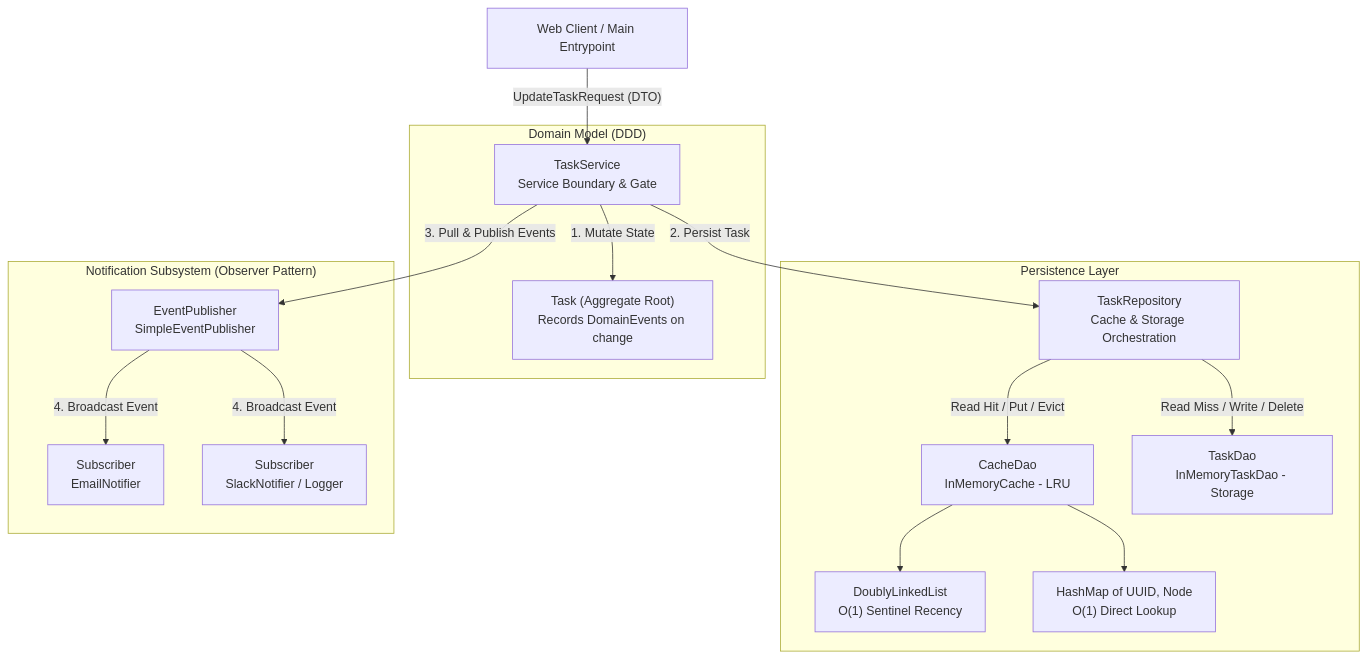
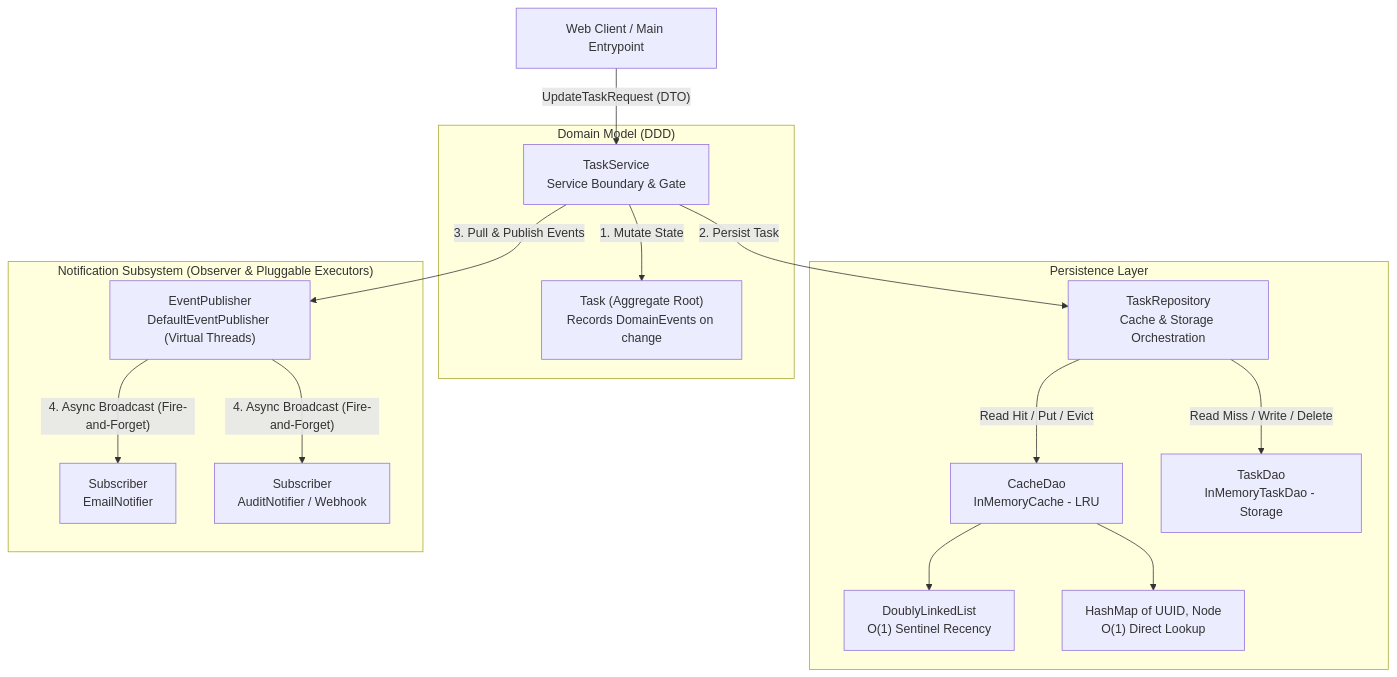
The first of 5 diagrams in task-management-system/README.md (JyotimoyKashyap/system-design-labs), drawn with Mermaid before and after one commit. The commit also changed other lines of this file, not shown here.

````diff
--- a/task-management-system/README.md
+++ b/task-management-system/README.md
@@ -64,22 +64,22 @@
 ```mermaid
 flowchart TD
     Client["Web Client / Main Entrypoint"] -->|"UpdateTaskRequest (DTO)"| Service["TaskService<br/>Service Boundary & Gate"]
 
     subgraph Domain_Model ["Domain Model (DDD)"]
         Service -->|"1. Mutate State"| Task["Task (Aggregate Root)<br/>Records DomainEvents on change"]
     end
 
     subgraph Persistence_Layer ["Persistence Layer"]
         Service -->|"2. Persist Task"| Repository["TaskRepository<br/>Cache & Storage Orchestration"]
         Repository -->|"Read Hit / Put / Evict"| Cache["CacheDao<br/>InMemoryCache - LRU"]
         Repository -->|"Read Miss / Write / Delete"| DB["TaskDao<br/>InMemoryTaskDao - Storage"]
         Cache --> DLL["DoublyLinkedList<br/>O(1) Sentinel Recency"]
         Cache --> Map["HashMap of UUID, Node<br/>O(1) Direct Lookup"]
     end
 
-    subgraph Notification_Subsystem ["Notification Subsystem (Observer Pattern)"]
-        Service -->|"3. Pull & Publish Events"| Publisher["EventPublisher<br/>SimpleEventPublisher"]
-        Publisher -->|"4. Broadcast Event"| Sub1["Subscriber<br/>EmailNotifier"]
-        Publisher -->|"4. Broadcast Event"| Sub2["Subscriber<br/>SlackNotifier / Logger"]
+    subgraph Notification_Subsystem ["Notification Subsystem (Observer & Pluggable Executors)"]
+        Service -->|"3. Pull & Publish Events"| Publisher["EventPublisher<br/>DefaultEventPublisher (Virtual Threads)"]
+        Publisher -->|"4. Async Broadcast (Fire-and-Forget)"| Sub1["Subscriber<br/>EmailNotifier"]
+        Publisher -->|"4. Async Broadcast (Fire-and-Forget)"| Sub2["Subscriber<br/>AuditNotifier / Webhook"]
     end
 ```
````
